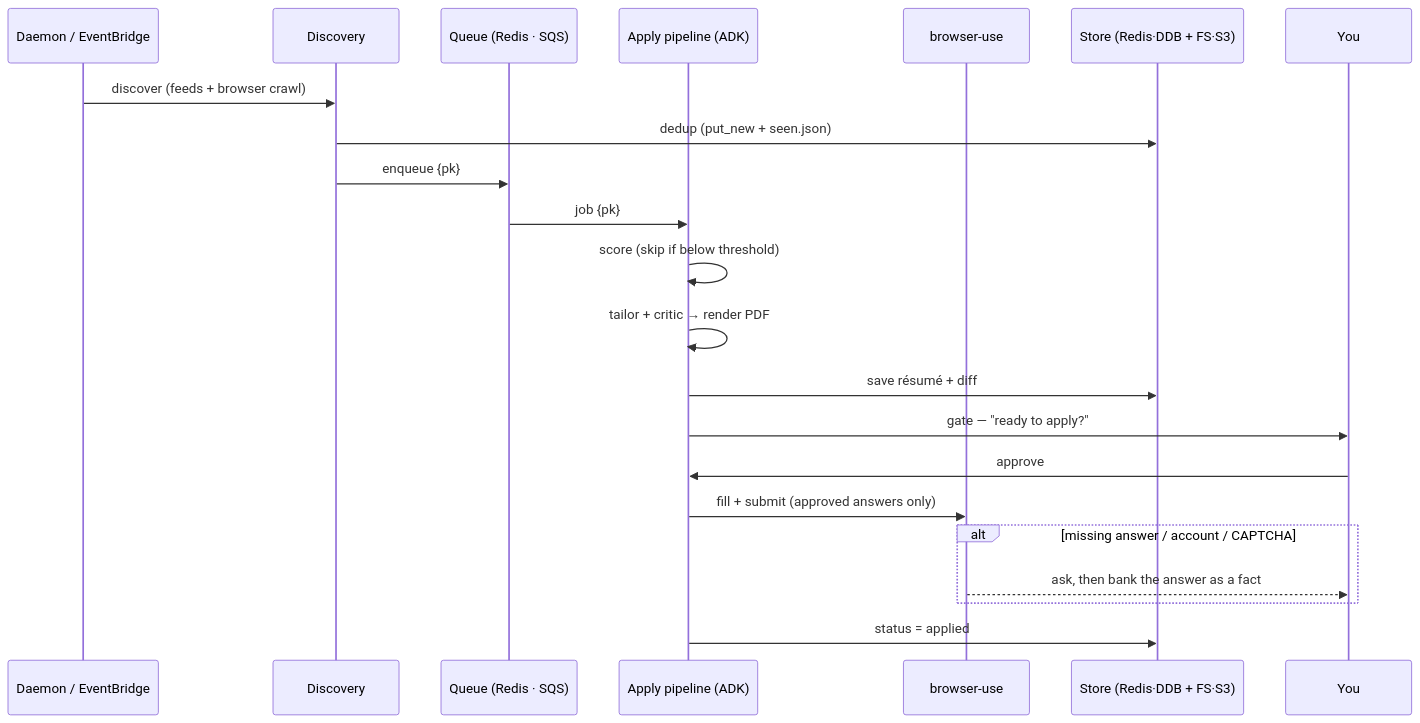
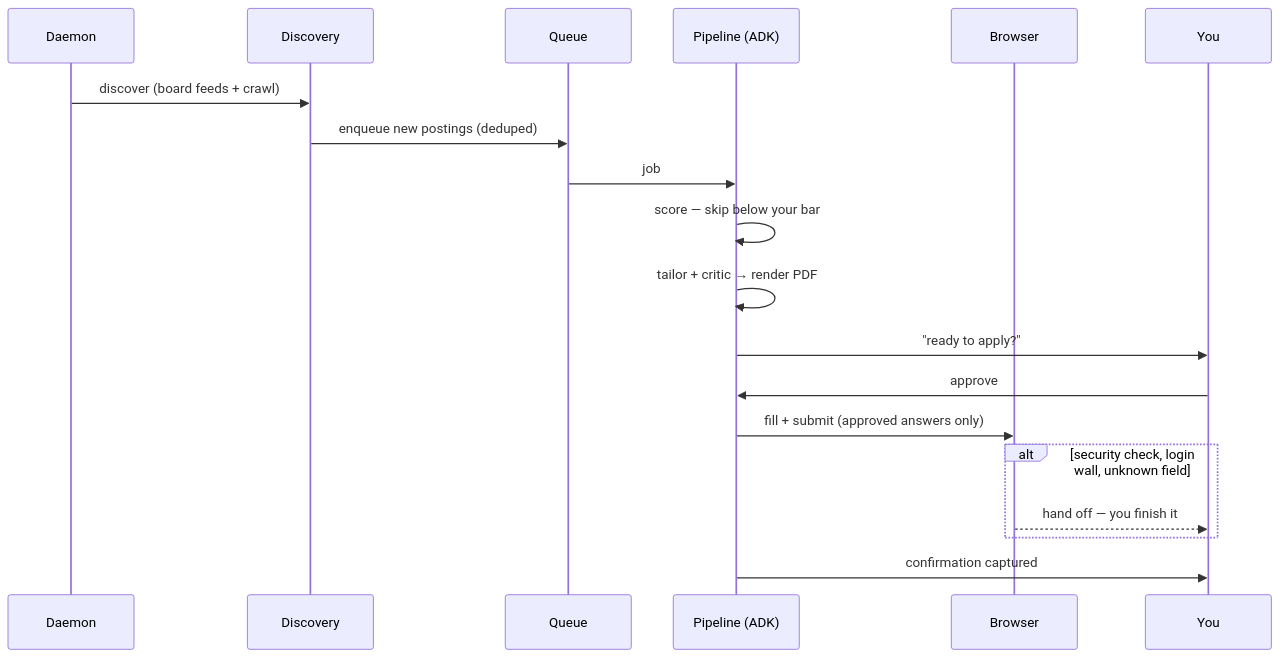
The diagram in README.md (sayantan94/AppliedIn), drawn with Mermaid before and after one commit. The commit also changed other lines of this file and 27 other files, not shown here.

````diff
--- a/README.md
+++ b/README.md
@@ -37,25 +94,22 @@
 ```mermaid
 sequenceDiagram
-    participant Cron as Daemon / EventBridge
+    participant Cron as Daemon
     participant Disc as Discovery
-    participant Q as Queue (Redis · SQS)
-    participant Pipe as Apply pipeline (ADK)
-    participant BU as browser-use
-    participant Store as Store (Redis·DDB + FS·S3)
+    participant Q as Queue
+    participant Pipe as Pipeline (ADK)
+    participant Web as Browser
     participant You
 
-    Cron->>Disc: discover (feeds + browser crawl)
-    Disc->>Store: dedup (put_new + seen.json)
-    Disc->>Q: enqueue {pk}
-    Q->>Pipe: job {pk}
-    Pipe->>Pipe: score (skip if below threshold)
+    Cron->>Disc: discover (board feeds + crawl)
+    Disc->>Q: enqueue new postings (deduped)
+    Q->>Pipe: job
+    Pipe->>Pipe: score — skip below your bar
     Pipe->>Pipe: tailor + critic → render PDF
-    Pipe->>Store: save résumé + diff
-    Pipe->>You: gate — "ready to apply?"
+    Pipe->>You: "ready to apply?"
     You->>Pipe: approve
-    Pipe->>BU: fill + submit (approved answers only)
-    alt missing answer / account / CAPTCHA
-        BU-->>You: ask, then bank the answer as a fact
+    Pipe->>Web: fill + submit (approved answers only)
+    alt security check, login wall, unknown field
+        Web-->>You: hand off — you finish it
     end
-    Pipe->>Store: status = applied
+    Pipe->>You: confirmation captured
 ```
````
